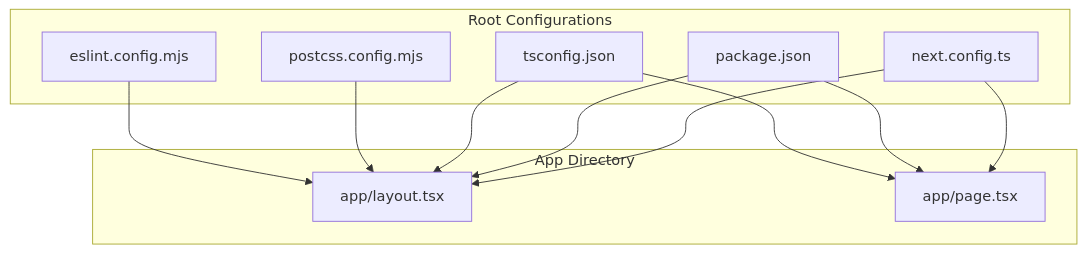
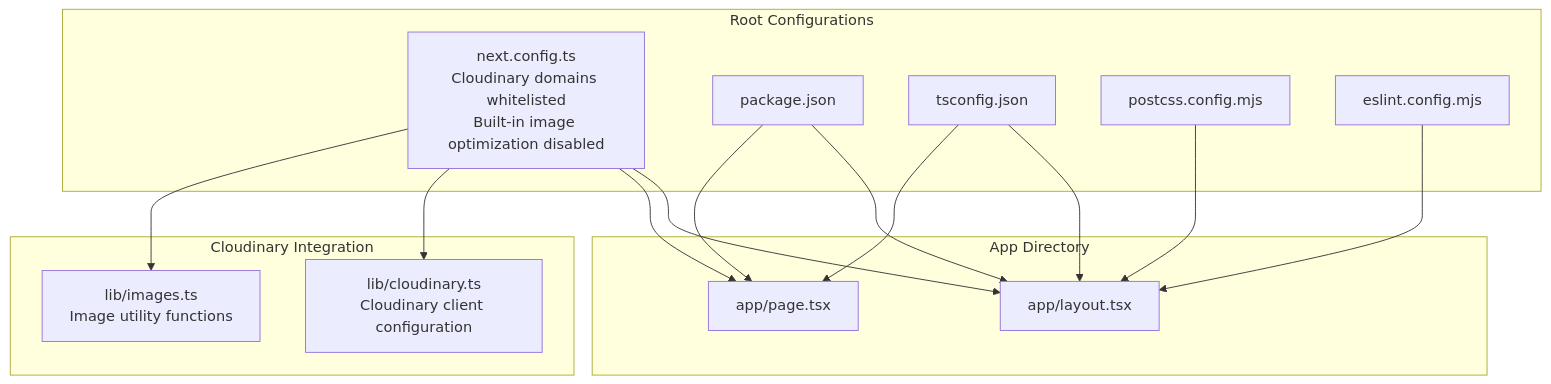
Before and after one commit to Black-box01/rhemaexpertsolutions: the first of 4 diagrams in .qoder/repowiki/en/content/Configuration and Build/Next.js Configuration.md, drawn with Mermaid. The commit also changed other lines of this file and 37 other files, not shown here.

First line of the commit message:
docs(wiki): add Cloudinary integration and update Next.js config

````diff
--- a/.qoder/repowiki/en/content/Configuration and Build/Next.js Configuration.md
+++ b/.qoder/repowiki/en/content/Configuration and Build/Next.js Configuration.md
@@ -32,22 +42,28 @@
 ```mermaid
 graph TB
 subgraph "Root Configurations"
-N["next.config.ts"]
+N["next.config.ts<br/>Cloudinary domains whitelisted<br/>Built-in image optimization disabled"]
 P["package.json"]
 T["tsconfig.json"]
 PC["postcss.config.mjs"]
 E["eslint.config.mjs"]
 end
 subgraph "App Directory"
 L["app/layout.tsx"]
 H["app/page.tsx"]
 end
+subgraph "Cloudinary Integration"
+C["lib/cloudinary.ts<br/>Cloudinary client configuration"]
+I["lib/images.ts<br/>Image utility functions"]
+end
 N --> L
 N --> H
+N --> C
+N --> I
 P --> L
 P --> H
 T --> L
 T --> H
 PC --> L
 E --> L
 ```
````
